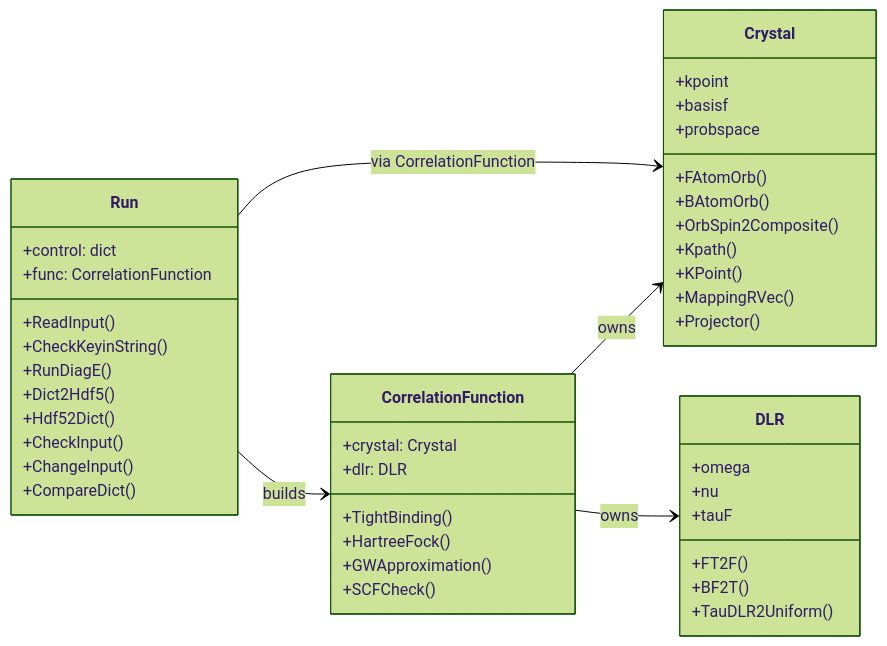
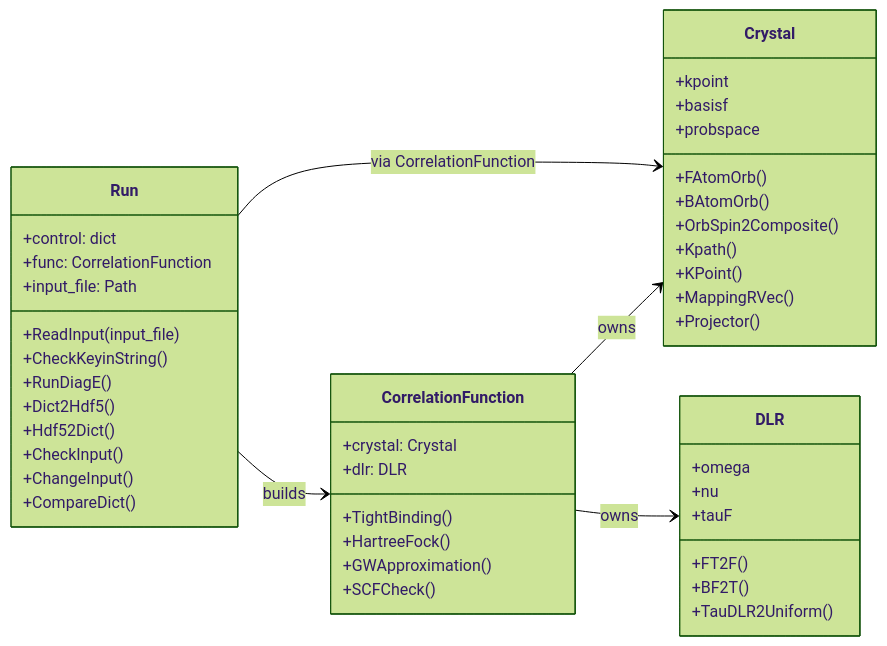
The first of 4 diagrams in docs/SerialClassDiagram.md (QAssemble/qassemble), drawn with Mermaid (forest theme) before and after one commit. The commit also changed 14 other files, not shown here.

````diff
--- a/docs/SerialClassDiagram.md
+++ b/docs/SerialClassDiagram.md
@@ -7,53 +7,54 @@
 ```mermaid
 classDiagram
     direction LR
     class Run {
         +control: dict
         +func: CorrelationFunction
-        +ReadInput()
+        +input_file: Path
+        +ReadInput(input_file)
         +CheckKeyinString()
         +RunDiagE()
         +Dict2Hdf5()
         +Hdf52Dict()
         +CheckInput()
         +ChangeInput()
         +CompareDict()
     }
 
     class CorrelationFunction {
         +crystal: Crystal
         +dlr: DLR
         +TightBinding()
         +HartreeFock()
         +GWApproximation()
         +SCFCheck()
     }
 
     class Crystal {
         +kpoint
         +basisf
         +probspace
         +FAtomOrb()
         +BAtomOrb()
         +OrbSpin2Composite()
         +Kpath()
         +KPoint()
         +MappingRVec()
         +Projector()
     }
 
     class DLR {
         +omega
         +nu
         +tauF
         +FT2F()
         +BF2T()
         +TauDLR2Uniform()
     }
 
     Run --> CorrelationFunction : builds
     Run --> Crystal : via CorrelationFunction
     CorrelationFunction --> Crystal : owns
     CorrelationFunction --> DLR : owns
 
 ```
````
